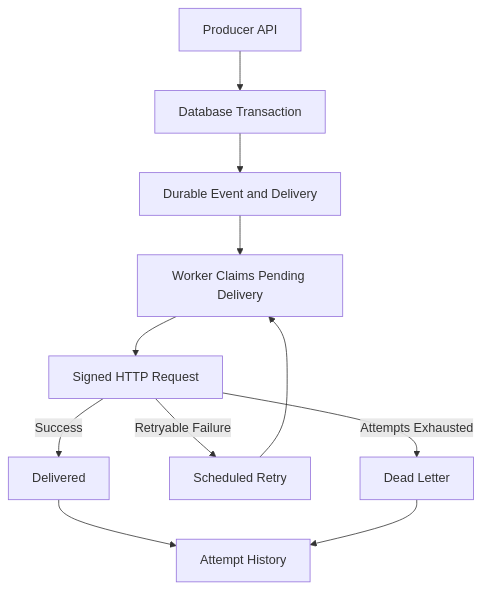
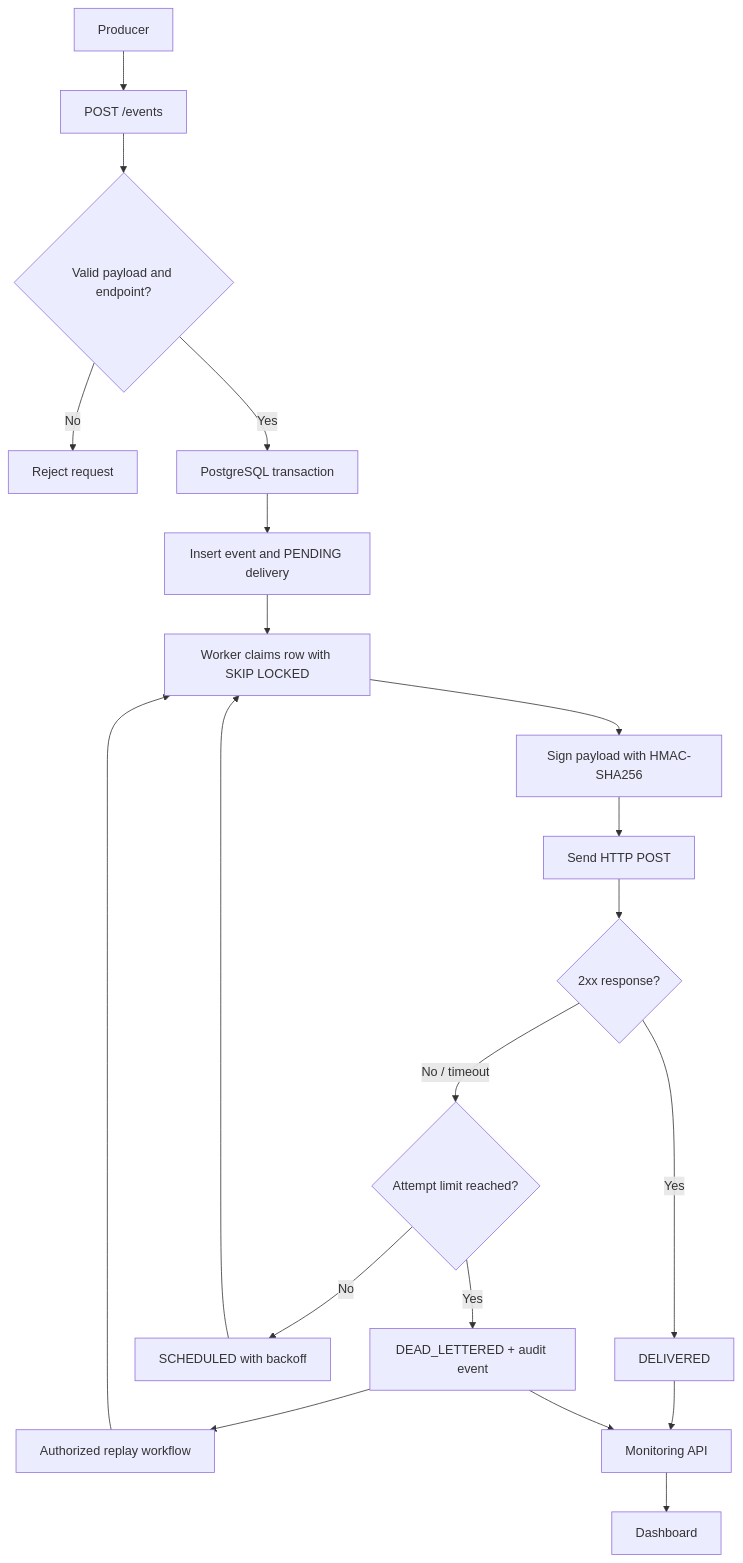
Before and after one commit to tracolerd/outboxworks: the first of 2 diagrams in README.md, drawn with Mermaid. The commit also changed other lines of this file, not shown here.

```diff
--- a/README.md
+++ b/README.md
@@ -34,13 +67,22 @@
 ~~~mermaid
 flowchart TD
-    A[Producer API] --> B[Database Transaction]
-    B --> C[Durable Event and Delivery]
-    C --> D[Worker Claims Pending Delivery]
-    D --> E[Signed HTTP Request]
-    E -->|Success| F[Delivered]
-    E -->|Retryable Failure| G[Scheduled Retry]
-    G --> D
-    E -->|Attempts Exhausted| H[Dead Letter]
-    F --> I[Attempt History]
-    H --> I
+    A[Producer] --> B[POST /events]
+    B --> C{Valid payload and endpoint?}
+    C -- No --> D[Reject request]
+    C -- Yes --> E[PostgreSQL transaction]
+    E --> F[Insert event and PENDING delivery]
+    F --> G[Worker claims row with SKIP LOCKED]
+    G --> H[Sign payload with HMAC-SHA256]
+    H --> I[Send HTTP POST]
+    I --> J{2xx response?}
+    J -- Yes --> K[DELIVERED]
+    J -- No / timeout --> L{Attempt limit reached?}
+    L -- No --> M[SCHEDULED with backoff]
+    M --> G
+    L -- Yes --> N[DEAD_LETTERED + audit event]
+    N --> O[Authorized replay workflow]
+    O --> G
+    K --> P[Monitoring API]
+    N --> P
+    P --> Q[Dashboard]
 ~~~
```
